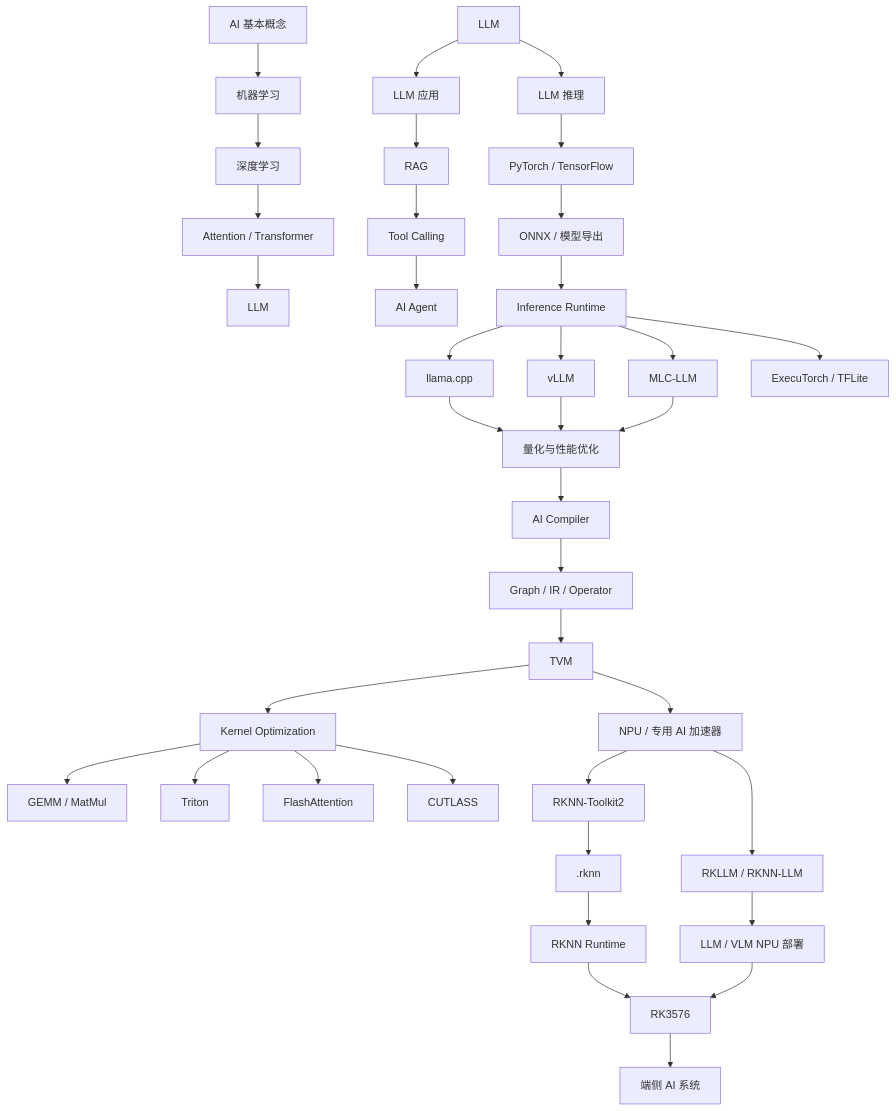
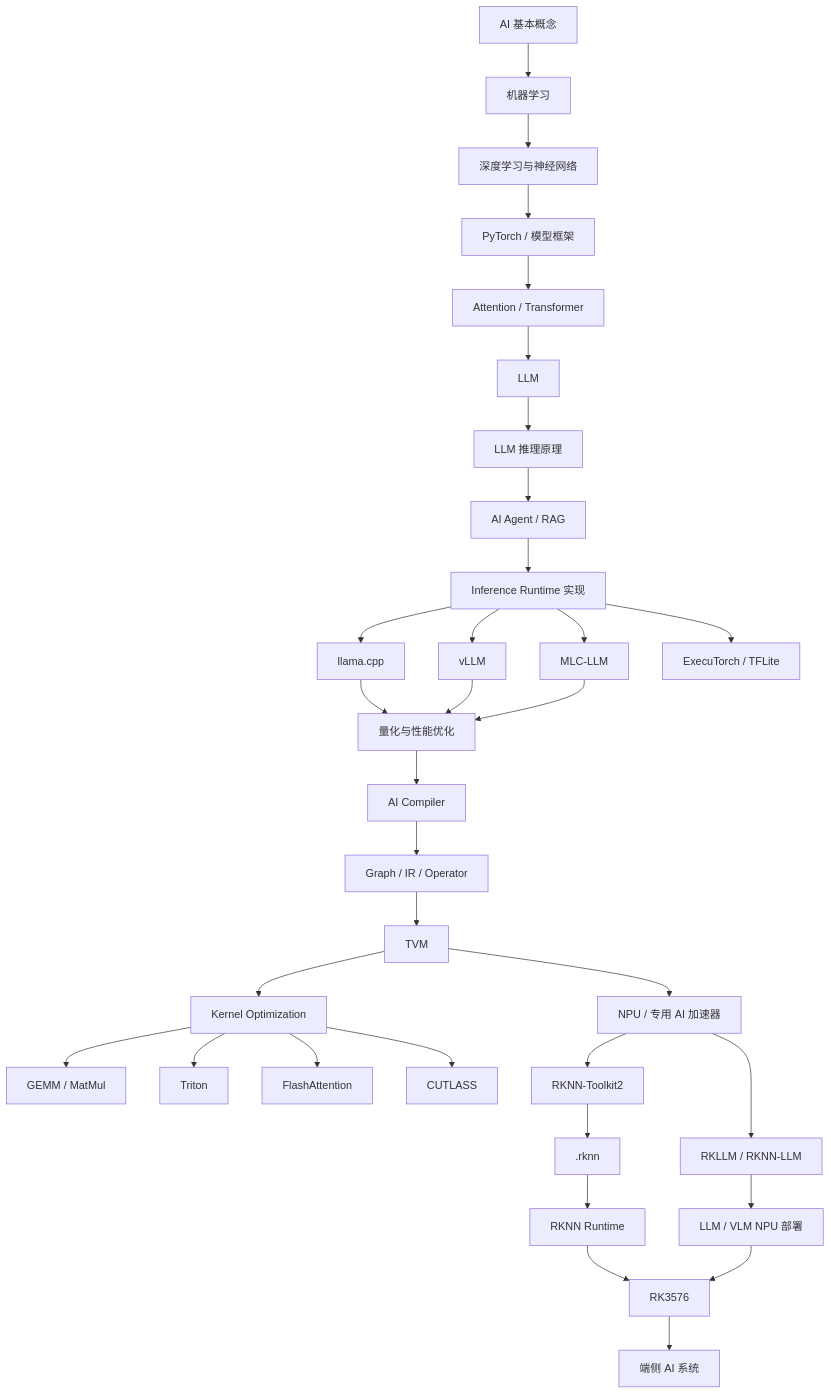
Before and after one commit to yunxiao11xie/ai-to-edge-deployment: the second of 2 diagrams in 从AI基础到端侧部署优化/AI学习路线图_v0.2.md, drawn with Mermaid. The commit also changed other lines of this file and 13 other files, not shown here.

````diff
--- a/从AI基础到端侧部署优化/AI学习路线图_v0.2.md
+++ b/从AI基础到端侧部署优化/AI学习路线图_v0.2.md
@@ -90,50 +92,43 @@
 ```mermaid
 flowchart TD
     A[AI 基本概念] --> B[机器学习]
-    B --> C[深度学习]
-    C --> D[Attention / Transformer]
-    D --> E[LLM]
+    B --> C[深度学习与神经网络]
+    C --> D[PyTorch / 模型框架]
+    D --> E[Attention / Transformer]
+    E --> F[LLM]
+    F --> G[LLM 推理原理]
+    G --> H[AI Agent / RAG]
+    H --> I[Inference Runtime 实现]
 
-    F[LLM] --> G1[LLM 应用]
-    F --> G2[LLM 推理]
-
-    G1 --> H1[RAG]
-    H1 --> H2[Tool Calling]
-    H2 --> H3[AI Agent]
-
-    G2 --> I1[PyTorch / TensorFlow]
-    I1 --> I2[ONNX / 模型导出]
-    I2 --> I3[Inference Runtime]
-
-    I3 --> J1[llama.cpp]
-    I3 --> J2[vLLM]
-    I3 --> J3[MLC-LLM]
-    I3 --> J4[ExecuTorch / TFLite]
+    I --> J1[llama.cpp]
+    I --> J2[vLLM]
+    I --> J3[MLC-LLM]
+    I --> J4[ExecuTorch / TFLite]
 
     J1 --> K[量化与性能优化]
     J2 --> K
     J3 --> K
 
     K --> L[AI Compiler]
     L --> M[Graph / IR / Operator]
     M --> N[TVM]
 
     N --> O[Kernel Optimization]
     O --> P1[GEMM / MatMul]
     O --> P2[Triton]
     O --> P3[FlashAttention]
     O --> P4[CUTLASS]
 
     N --> Q[NPU / 专用 AI 加速器]
     Q --> R1[RKNN-Toolkit2]
     R1 --> R2[.rknn]
     R2 --> R3[RKNN Runtime]
 
     Q --> S1[RKLLM / RKNN-LLM]
     S1 --> S2[LLM / VLM NPU 部署]
 
     R3 --> T[RK3576]
     S2 --> T
 
     T --> U[端侧 AI 系统]
 ```
````
